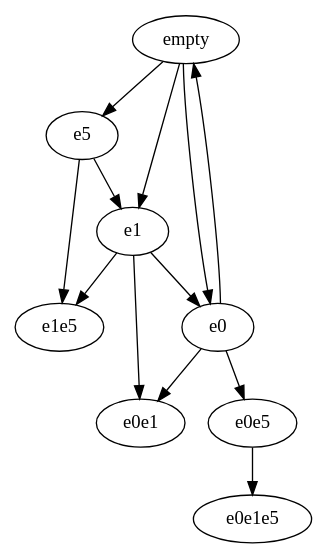
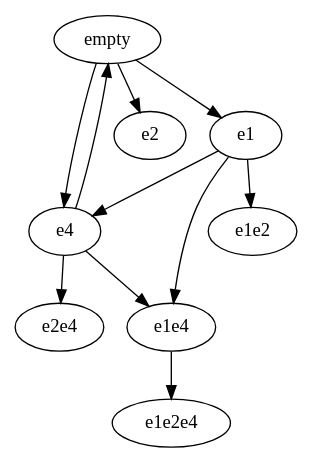
Before and after one commit to ryysd/PrototypePOR: the diagram in tmp/act.dot, drawn with Graphviz. The commit also changed 10 other files, not shown here.

```diff
--- a/tmp/act.dot
+++ b/tmp/act.dot
@@ -1,32 +1,22 @@
 strict digraph {
-  empty->e5;
+  empty->e4;
+  empty->e2;
+  empty->e2;
   empty->e1;
-  empty->e0;
-  empty->e5;
-  empty->e1;
-  empty->e5;
-  e5->e1e5;
-  e5->e1;
-  e1->e0e1;
-  e1->e1e5;
-  e1->e0;
-  e0->e0e5;
-  e0->e0e1;
-  e0->e0e1;
-  e0->empty;
-  e0e5->e0e1e5;
-  e1->e0e1;
-  e1->e1e5;
-  e1->e0;
-  e5->e1e5;
-  e5->e1;
-  e0->e0e5;
-  e0->e0e1;
-  e0->e0e1;
-  e0->empty;
-  e1->e0e1;
-  e1->e1e5;
-  e1->e0;
-  e5->e1e5;
-  e5->e1;
+  e1->e1e4;
+  e1->e1e2;
+  e1->e1e2;
+  e1->e4;
+  e4->e2e4;
+  e4->e2e4;
+  e4->e1e4;
+  e4->empty;
+  e1e4->e1e2e4;
+  e1e4->e1e2e4;
+  e1e4->e1e2e4;
+  e1e4->e1e2e4;
+  e4->e2e4;
+  e4->e2e4;
+  e4->e1e4;
+  e4->empty;
 }
```
